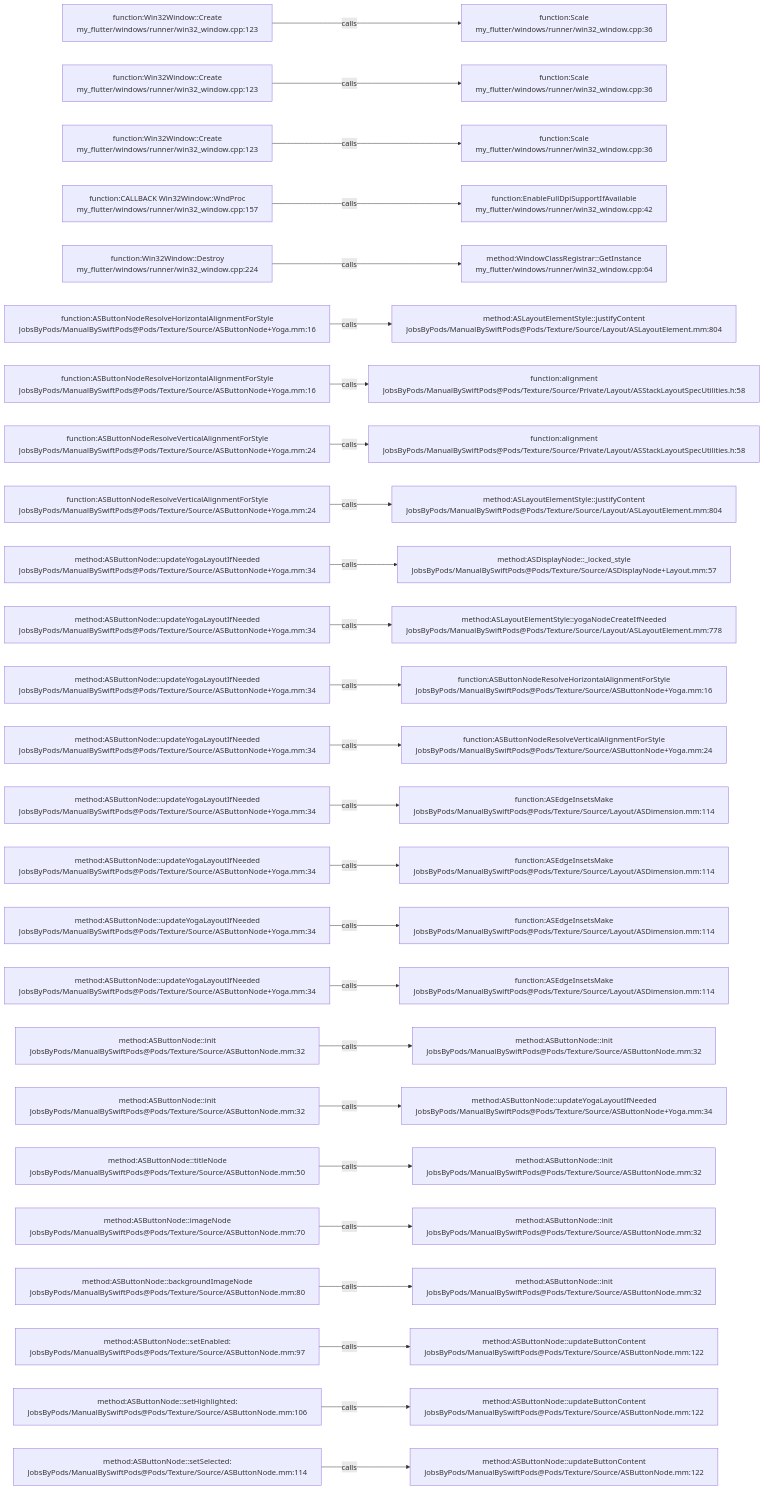
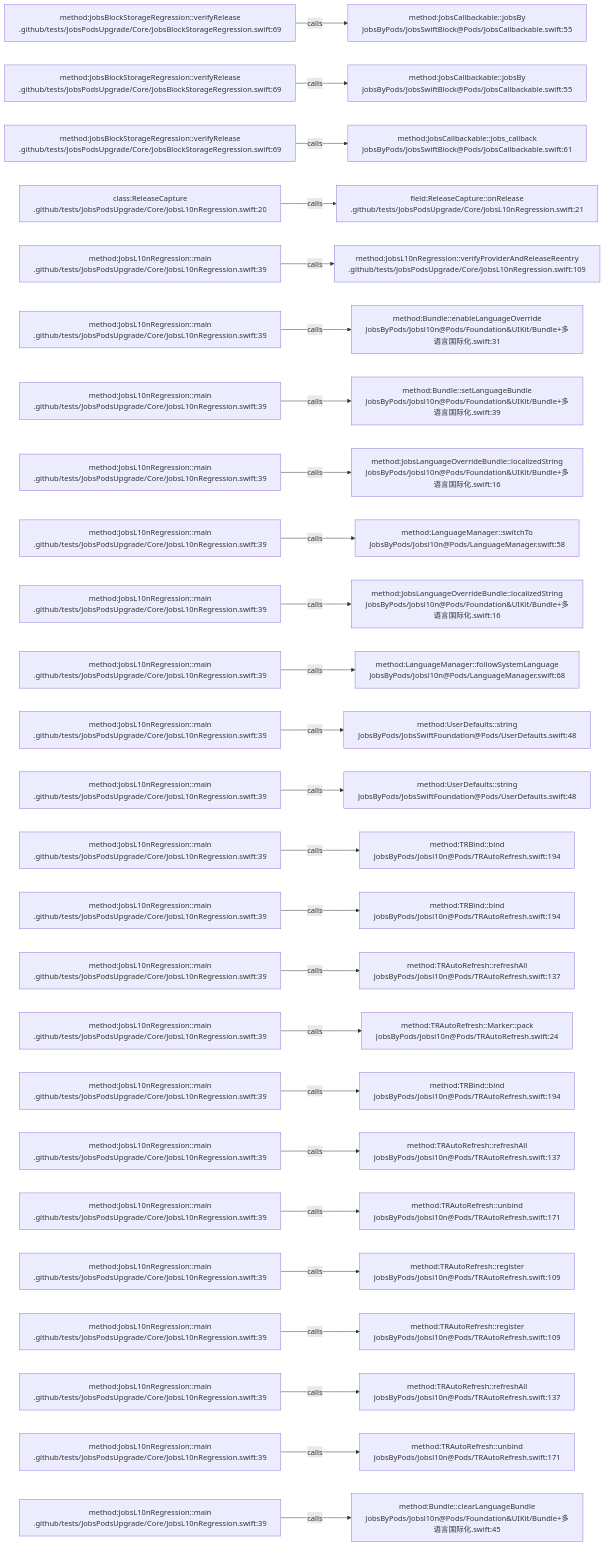
The diagram in .codegraph/codegraph.md/graphs/calls-002.md (JobsKits/JobsSwiftBaseConfigDemo), drawn with Mermaid before and after one commit. The commit also changed 224 other files, not shown here.

````diff
--- a/.codegraph/codegraph.md/graphs/calls-002.md
+++ b/.codegraph/codegraph.md/graphs/calls-002.md
@@ -13,78 +13,78 @@
 ```mermaid
 flowchart LR
-  S1["function:Win32Window::Create<br/>my_flutter/windows/runner/win32_window.cpp:123"]
-  T1["function:Scale<br/>my_flutter/windows/runner/win32_window.cpp:36"]
+  S1["method:JobsBlockStorageRegression::verifyRelease<br/>.github/tests/JobsPodsUpgrade/Core/JobsBlockStorageRegression.swift:69"]
+  T1["method:JobsCallbackable::jobsBy<br/>JobsByPods/JobsSwiftBlock@Pods/JobsCallbackable.swift:55"]
   S1 -->|calls| T1
-  S2["function:Win32Window::Create<br/>my_flutter/windows/runner/win32_window.cpp:123"]
-  T2["function:Scale<br/>my_flutter/windows/runner/win32_window.cpp:36"]
+  S2["method:JobsBlockStorageRegression::verifyRelease<br/>.github/tests/JobsPodsUpgrade/Core/JobsBlockStorageRegression.swift:69"]
+  T2["method:JobsCallbackable::jobsBy<br/>JobsByPods/JobsSwiftBlock@Pods/JobsCallbackable.swift:55"]
   S2 -->|calls| T2
-  S3["function:Win32Window::Create<br/>my_flutter/windows/runner/win32_window.cpp:123"]
-  T3["function:Scale<br/>my_flutter/windows/runner/win32_window.cpp:36"]
+  S3["method:JobsBlockStorageRegression::verifyRelease<br/>.github/tests/JobsPodsUpgrade/Core/JobsBlockStorageRegression.swift:69"]
+  T3["method:JobsCallbackable::jobs_callback<br/>JobsByPods/JobsSwiftBlock@Pods/JobsCallbackable.swift:61"]
   S3 -->|calls| T3
-  S4["function:CALLBACK Win32Window::WndProc<br/>my_flutter/windows/runner/win32_window.cpp:157"]
-  T4["function:EnableFullDpiSupportIfAvailable<br/>my_flutter/windows/runner/win32_window.cpp:42"]
+  S4["class:ReleaseCapture<br/>.github/tests/JobsPodsUpgrade/Core/JobsL10nRegression.swift:20"]
+  T4["field:ReleaseCapture::onRelease<br/>.github/tests/JobsPodsUpgrade/Core/JobsL10nRegression.swift:21"]
   S4 -->|calls| T4
-  S5["function:Win32Window::Destroy<br/>my_flutter/windows/runner/win32_window.cpp:224"]
-  T5["method:WindowClassRegistrar::GetInstance<br/>my_flutter/windows/runner/win32_window.cpp:64"]
+  S5["method:JobsL10nRegression::main<br/>.github/tests/JobsPodsUpgrade/Core/JobsL10nRegression.swift:39"]
+  T5["method:JobsL10nRegression::verifyProviderAndReleaseReentry<br/>.github/tests/JobsPodsUpgrade/Core/JobsL10nRegression.swift:109"]
   S5 -->|calls| T5
-  S6["function:ASButtonNodeResolveHorizontalAlignmentForStyle<br/>JobsByPods/ManualBySwiftPods@Pods/Texture/Source/ASButtonNode+Yoga.mm:16"]
-  T6["method:ASLayoutElementStyle::justifyContent<br/>JobsByPods/ManualBySwiftPods@Pods/Texture/Source/Layout/ASLayoutElement.mm:804"]
+  S6["method:JobsL10nRegression::main<br/>.github/tests/JobsPodsUpgrade/Core/JobsL10nRegression.swift:39"]
+  T6["method:Bundle::enableLanguageOverride<br/>JobsByPods/Jobsl10n@Pods/Foundation&UIKit/Bundle+多语言国际化.swift:31"]
   S6 -->|calls| T6
-  S7["function:ASButtonNodeResolveHorizontalAlignmentForStyle<br/>JobsByPods/ManualBySwiftPods@Pods/Texture/Source/ASButtonNode+Yoga.mm:16"]
-  T7["function:alignment<br/>JobsByPods/ManualBySwiftPods@Pods/Texture/Source/Private/Layout/ASStackLayoutSpecUtilities.h:58"]
+  S7["method:JobsL10nRegression::main<br/>.github/tests/JobsPodsUpgrade/Core/JobsL10nRegression.swift:39"]
+  T7["method:Bundle::setLanguageBundle<br/>JobsByPods/Jobsl10n@Pods/Foundation&UIKit/Bundle+多语言国际化.swift:39"]
   S7 -->|calls| T7
-  S8["function:ASButtonNodeResolveVerticalAlignmentForStyle<br/>JobsByPods/ManualBySwiftPods@Pods/Texture/Source/ASButtonNode+Yoga.mm:24"]
-  T8["function:alignment<br/>JobsByPods/ManualBySwiftPods@Pods/Texture/Source/Private/Layout/ASStackLayoutSpecUtilities.h:58"]
+  S8["method:JobsL10nRegression::main<br/>.github/tests/JobsPodsUpgrade/Core/JobsL10nRegression.swift:39"]
+  T8["method:JobsLanguageOverrideBundle::localizedString<br/>JobsByPods/Jobsl10n@Pods/Foundation&UIKit/Bundle+多语言国际化.swift:16"]
   S8 -->|calls| T8
-  S9["function:ASButtonNodeResolveVerticalAlignmentForStyle<br/>JobsByPods/ManualBySwiftPods@Pods/Texture/Source/ASButtonNode+Yoga.mm:24"]
-  T9["method:ASLayoutElementStyle::justifyContent<br/>JobsByPods/ManualBySwiftPods@Pods/Texture/Source/Layout/ASLayoutElement.mm:804"]
+  S9["method:JobsL10nRegression::main<br/>.github/tests/JobsPodsUpgrade/Core/JobsL10nRegression.swift:39"]
+  T9["method:LanguageManager::switchTo<br/>JobsByPods/Jobsl10n@Pods/LanguageManager.swift:58"]
   S9 -->|calls| T9
-  S10["method:ASButtonNode::updateYogaLayoutIfNeeded<br/>JobsByPods/ManualBySwiftPods@Pods/Texture/Source/ASButtonNode+Yoga.mm:34"]
-  T10["method:ASDisplayNode::_locked_style<br/>JobsByPods/ManualBySwiftPods@Pods/Texture/Source/ASDisplayNode+Layout.mm:57"]
+  S10["method:JobsL10nRegression::main<br/>.github/tests/JobsPodsUpgrade/Core/JobsL10nRegression.swift:39"]
+  T10["method:JobsLanguageOverrideBundle::localizedString<br/>JobsByPods/Jobsl10n@Pods/Foundation&UIKit/Bundle+多语言国际化.swift:16"]
   S10 -->|calls| T10
-  S11["method:ASButtonNode::updateYogaLayoutIfNeeded<br/>JobsByPods/ManualBySwiftPods@Pods/Texture/Source/ASButtonNode+Yoga.mm:34"]
-  T11["method:ASLayoutElementStyle::yogaNodeCreateIfNeeded<br/>JobsByPods/ManualBySwiftPods@Pods/Texture/Source/Layout/ASLayoutElement.mm:778"]
+  S11["method:JobsL10nRegression::main<br/>.github/tests/JobsPodsUpgrade/Core/JobsL10nRegression.swift:39"]
+  T11["method:LanguageManager::followSystemLanguage<br/>JobsByPods/Jobsl10n@Pods/LanguageManager.swift:68"]
   S11 -->|calls| T11
-  S12["method:ASButtonNode::updateYogaLayoutIfNeeded<br/>JobsByPods/ManualBySwiftPods@Pods/Texture/Source/ASButtonNode+Yoga.mm:34"]
-  T12["function:ASButtonNodeResolveHorizontalAlignmentForStyle<br/>JobsByPods/ManualBySwiftPods@Pods/Texture/Source/ASButtonNode+Yoga.mm:16"]
+  S12["method:JobsL10nRegression::main<br/>.github/tests/JobsPodsUpgrade/Core/JobsL10nRegression.swift:39"]
+  T12["method:UserDefaults::string<br/>JobsByPods/JobsSwiftFoundation@Pods/UserDefaults.swift:48"]
   S12 -->|calls| T12
-  S13["method:ASButtonNode::updateYogaLayoutIfNeeded<br/>JobsByPods/ManualBySwiftPods@Pods/Texture/Source/ASButtonNode+Yoga.mm:34"]
-  T13["function:ASButtonNodeResolveVerticalAlignmentForStyle<br/>JobsByPods/ManualBySwiftPods@Pods/Texture/Source/ASButtonNode+Yoga.mm:24"]
+  S13["method:JobsL10nRegression::main<br/>.github/tests/JobsPodsUpgrade/Core/JobsL10nRegression.swift:39"]
+  T13["method:UserDefaults::string<br/>JobsByPods/JobsSwiftFoundation@Pods/UserDefaults.swift:48"]
   S13 -->|calls| T13
-  S14["method:ASButtonNode::updateYogaLayoutIfNeeded<br/>JobsByPods/ManualBySwiftPods@Pods/Texture/Source/ASButtonNode+Yoga.mm:34"]
-  T14["function:ASEdgeInsetsMake<br/>JobsByPods/ManualBySwiftPods@Pods/Texture/Source/Layout/ASDimension.mm:114"]
+  S14["method:JobsL10nRegression::main<br/>.github/tests/JobsPodsUpgrade/Core/JobsL10nRegression.swift:39"]
+  T14["method:TRBind::bind<br/>JobsByPods/Jobsl10n@Pods/TRAutoRefresh.swift:194"]
   S14 -->|calls| T14
-  S15["method:ASButtonNode::updateYogaLayoutIfNeeded<br/>JobsByPods/ManualBySwiftPods@Pods/Texture/Source/ASButtonNode+Yoga.mm:34"]
-  T15["function:ASEdgeInsetsMake<br/>JobsByPods/ManualBySwiftPods@Pods/Texture/Source/Layout/ASDimension.mm:114"]
+  S15["method:JobsL10nRegression::main<br/>.github/tests/JobsPodsUpgrade/Core/JobsL10nRegression.swift:39"]
+  T15["method:TRBind::bind<br/>JobsByPods/Jobsl10n@Pods/TRAutoRefresh.swift:194"]
   S15 -->|calls| T15
-  S16["method:ASButtonNode::updateYogaLayoutIfNeeded<br/>JobsByPods/ManualBySwiftPods@Pods/Texture/Source/ASButtonNode+Yoga.mm:34"]
-  T16["function:ASEdgeInsetsMake<br/>JobsByPods/ManualBySwiftPods@Pods/Texture/Source/Layout/ASDimension.mm:114"]
+  S16["method:JobsL10nRegression::main<br/>.github/tests/JobsPodsUpgrade/Core/JobsL10nRegression.swift:39"]
+  T16["method:TRAutoRefresh::refreshAll<br/>JobsByPods/Jobsl10n@Pods/TRAutoRefresh.swift:137"]
   S16 -->|calls| T16
-  S17["method:ASButtonNode::updateYogaLayoutIfNeeded<br/>JobsByPods/ManualBySwiftPods@Pods/Texture/Source/ASButtonNode+Yoga.mm:34"]
-  T17["function:ASEdgeInsetsMake<br/>JobsByPods/ManualBySwiftPods@Pods/Texture/Source/Layout/ASDimension.mm:114"]
+  S17["method:JobsL10nRegression::main<br/>.github/tests/JobsPodsUpgrade/Core/JobsL10nRegression.swift:39"]
+  T17["method:TRAutoRefresh::Marker::pack<br/>JobsByPods/Jobsl10n@Pods/TRAutoRefresh.swift:24"]
   S17 -->|calls| T17
-  S18["method:ASButtonNode::init<br/>JobsByPods/ManualBySwiftPods@Pods/Texture/Source/ASButtonNode.mm:32"]
-  T18["method:ASButtonNode::init<br/>JobsByPods/ManualBySwiftPods@Pods/Texture/Source/ASButtonNode.mm:32"]
+  S18["method:JobsL10nRegression::main<br/>.github/tests/JobsPodsUpgrade/Core/JobsL10nRegression.swift:39"]
+  T18["method:TRBind::bind<br/>JobsByPods/Jobsl10n@Pods/TRAutoRefresh.swift:194"]
   S18 -->|calls| T18
-  S19["method:ASButtonNode::init<br/>JobsByPods/ManualBySwiftPods@Pods/Texture/Source/ASButtonNode.mm:32"]
-  T19["method:ASButtonNode::updateYogaLayoutIfNeeded<br/>JobsByPods/ManualBySwiftPods@Pods/Texture/Source/ASButtonNode+Yoga.mm:34"]
+  S19["method:JobsL10nRegression::main<br/>.github/tests/JobsPodsUpgrade/Core/JobsL10nRegression.swift:39"]
+  T19["method:TRAutoRefresh::refreshAll<br/>JobsByPods/Jobsl10n@Pods/TRAutoRefresh.swift:137"]
   S19 -->|calls| T19
-  S20["method:ASButtonNode::titleNode<br/>JobsByPods/ManualBySwiftPods@Pods/Texture/Source/ASButtonNode.mm:50"]
-  T20["method:ASButtonNode::init<br/>JobsByPods/ManualBySwiftPods@Pods/Texture/Source/ASButtonNode.mm:32"]
+  S20["method:JobsL10nRegression::main<br/>.github/tests/JobsPodsUpgrade/Core/JobsL10nRegression.swift:39"]
+  T20["method:TRAutoRefresh::unbind<br/>JobsByPods/Jobsl10n@Pods/TRAutoRefresh.swift:171"]
   S20 -->|calls| T20
-  S21["method:ASButtonNode::imageNode<br/>JobsByPods/ManualBySwiftPods@Pods/Texture/Source/ASButtonNode.mm:70"]
-  T21["method:ASButtonNode::init<br/>JobsByPods/ManualBySwiftPods@Pods/Texture/Source/ASButtonNode.mm:32"]
+  S21["method:JobsL10nRegression::main<br/>.github/tests/JobsPodsUpgrade/Core/JobsL10nRegression.swift:39"]
+  T21["method:TRAutoRefresh::register<br/>JobsByPods/Jobsl10n@Pods/TRAutoRefresh.swift:109"]
   S21 -->|calls| T21
-  S22["method:ASButtonNode::backgroundImageNode<br/>JobsByPods/ManualBySwiftPods@Pods/Texture/Source/ASButtonNode.mm:80"]
-  T22["method:ASButtonNode::init<br/>JobsByPods/ManualBySwiftPods@Pods/Texture/Source/ASButtonNode.mm:32"]
+  S22["method:JobsL10nRegression::main<br/>.github/tests/JobsPodsUpgrade/Core/JobsL10nRegression.swift:39"]
+  T22["method:TRAutoRefresh::register<br/>JobsByPods/Jobsl10n@Pods/TRAutoRefresh.swift:109"]
   S22 -->|calls| T22
-  S23["method:ASButtonNode::setEnabled:<br/>JobsByPods/ManualBySwiftPods@Pods/Texture/Source/ASButtonNode.mm:97"]
-  T23["method:ASButtonNode::updateButtonContent<br/>JobsByPods/ManualBySwiftPods@Pods/Texture/Source/ASButtonNode.mm:122"]
+  S23["method:JobsL10nRegression::main<br/>.github/tests/JobsPodsUpgrade/Core/JobsL10nRegression.swift:39"]
+  T23["method:TRAutoRefresh::refreshAll<br/>JobsByPods/Jobsl10n@Pods/TRAutoRefresh.swift:137"]
   S23 -->|calls| T23
-  S24["method:ASButtonNode::setHighlighted:<br/>JobsByPods/ManualBySwiftPods@Pods/Texture/Source/ASButtonNode.mm:106"]
-  T24["method:ASButtonNode::updateButtonContent<br/>JobsByPods/ManualBySwiftPods@Pods/Texture/Source/ASButtonNode.mm:122"]
+  S24["method:JobsL10nRegression::main<br/>.github/tests/JobsPodsUpgrade/Core/JobsL10nRegression.swift:39"]
+  T24["method:TRAutoRefresh::unbind<br/>JobsByPods/Jobsl10n@Pods/TRAutoRefresh.swift:171"]
   S24 -->|calls| T24
-  S25["method:ASButtonNode::setSelected:<br/>JobsByPods/ManualBySwiftPods@Pods/Texture/Source/ASButtonNode.mm:114"]
-  T25["method:ASButtonNode::updateButtonContent<br/>JobsByPods/ManualBySwiftPods@Pods/Texture/Source/ASButtonNode.mm:122"]
+  S25["method:JobsL10nRegression::main<br/>.github/tests/JobsPodsUpgrade/Core/JobsL10nRegression.swift:39"]
+  T25["method:Bundle::clearLanguageBundle<br/>JobsByPods/Jobsl10n@Pods/Foundation&UIKit/Bundle+多语言国际化.swift:45"]
   S25 -->|calls| T25
 ```
````
